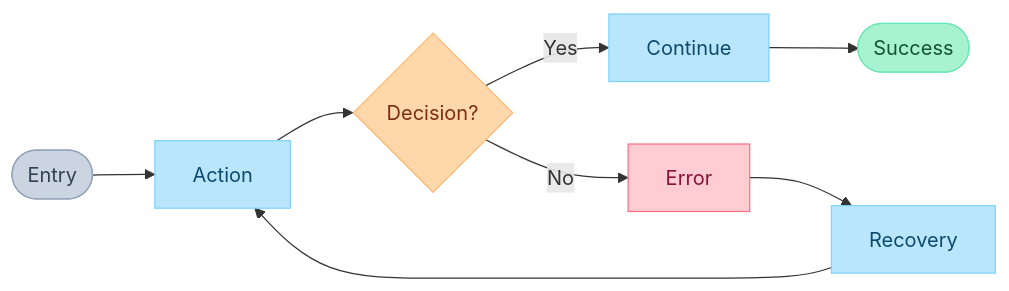
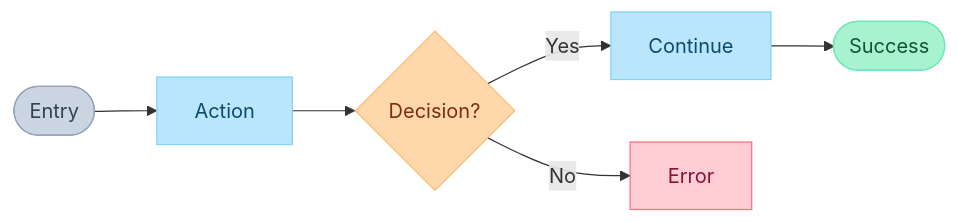
Before and after one commit to ash4180/vorbit: the diagram in commands/design/journey.md, drawn with Mermaid. The commit also changed other lines of this file, not shown here.

Commit message:
docs: Remove explicit error recovery from journey diagram and clarify error states are now terminal.

````diff
--- a/commands/design/journey.md
+++ b/commands/design/journey.md
@@ -39,17 +39,15 @@
 ```mermaid
 flowchart LR
     A(["Entry"]):::startend --> B["Action"]:::action
     B --> C{"Decision?"}:::decision
     C -->|"Yes"| D["Continue"]:::action
     C -->|"No"| E["Error"]:::negative
-    E --> F["Recovery"]:::action
-    F --> B
-    D --> G(["Success"]):::positive
+    D --> F(["Success"]):::positive
 
     classDef startend fill:#CBD5E1,color:#334155,stroke:#94A3B8
     classDef action fill:#BAE6FD,color:#0c4a6e,stroke:#7DD3FC
     classDef condition fill:#C4B5FD,color:#4c1d95,stroke:#A78BFA
     classDef decision fill:#FED7AA,color:#7c2d12,stroke:#FDBA74
     classDef positive fill:#A7F3D0,color:#14532d,stroke:#6EE7B7
     classDef negative fill:#FECDD3,color:#881337,stroke:#FB7185
 ```
````
